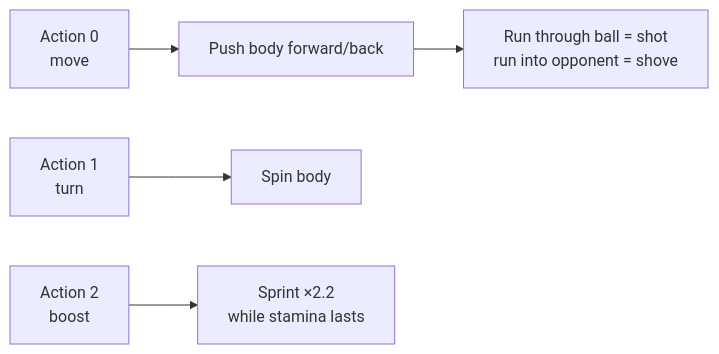
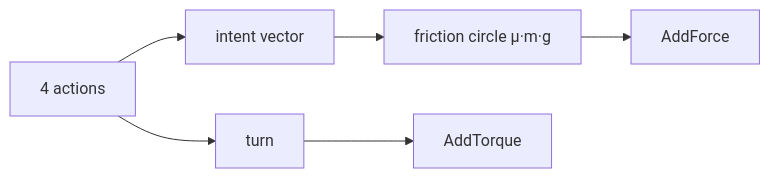
The seventh of 12 diagrams in docs/architecture.md (punkouter26/PoSoccer), drawn with Mermaid before and after one commit. The commit also changed other lines of this file and 20 other files, not shown here.

First line of the commit message:
UNITY_DOCS: wipe docs/ and regenerate the diagram + report suite

````diff
--- a/docs/architecture.md
+++ b/docs/architecture.md
@@ -117,7 +170,7 @@
 ```mermaid
 flowchart LR
-    A0[Action 0\nmove] --> F[Push body forward/back]
-    A1[Action 1\nturn] --> T[Spin body]
-    A2[Action 2\nboost] --> S[Sprint ×2.2\nwhile stamina lasts]
-    F --> BALL[Run through ball = shot\nrun into opponent = shove]
+    A[4 actions] --> B[intent vector]
+    B --> C[friction circle μ·m·g]
+    C --> D[AddForce]
+    A --> E[turn] --> F[AddTorque]
 ```
````
